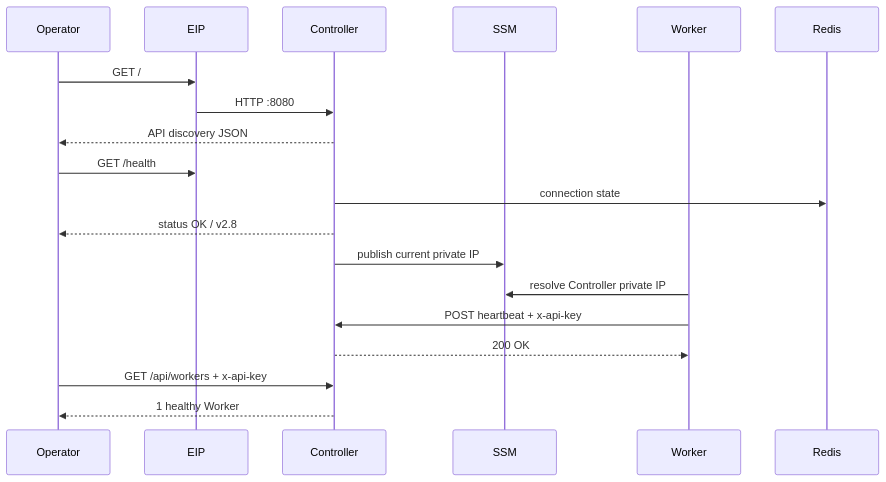
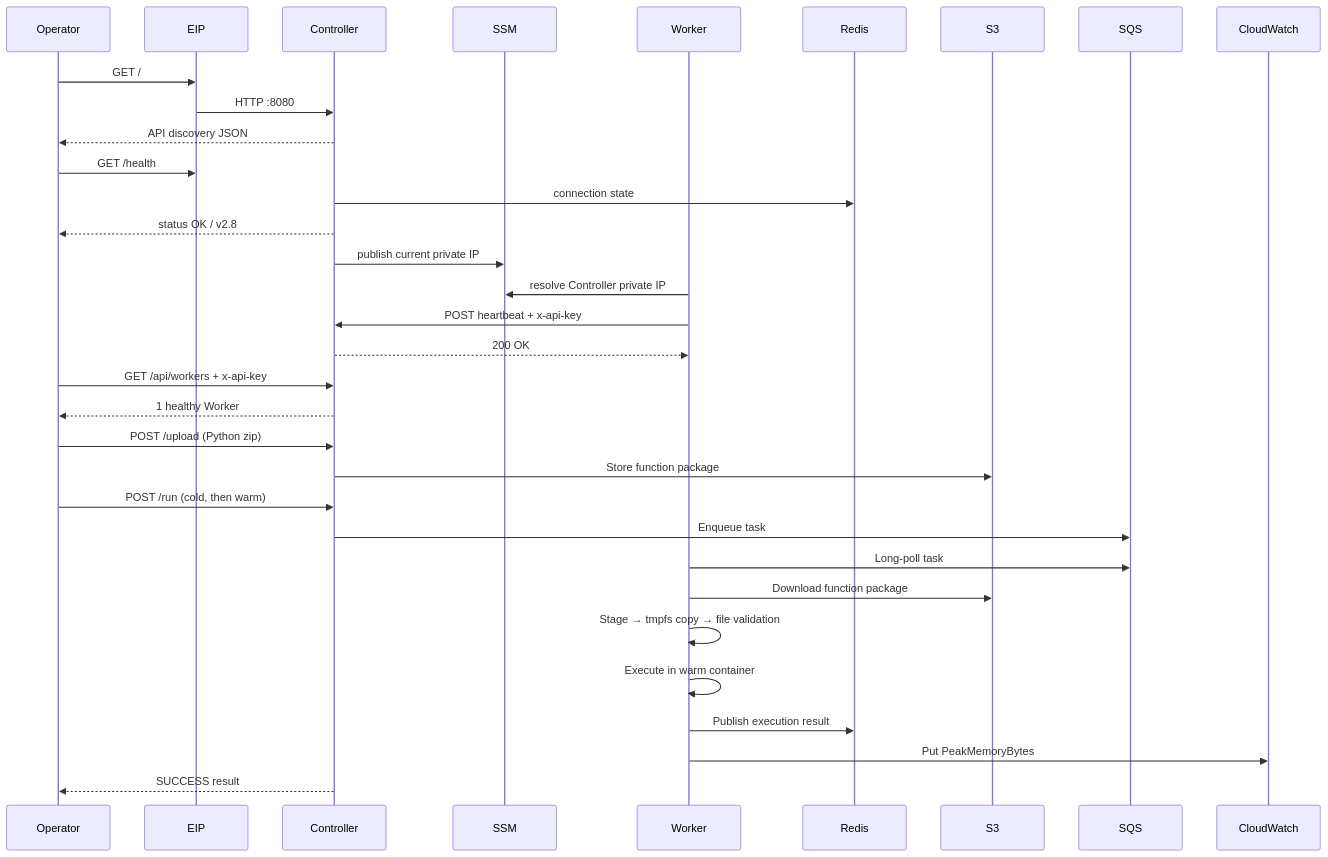
One commit to sangmu1126/FaaS-Platform changed the sixth of 6 diagrams in DEPLOYMENT_IMPLEMENTATION_REPORT.md. Above: the diagram before and after it, drawn with Mermaid. The commit also changed other lines of this file, not shown here.

Commit message:
document worker runtime recovery and rollout

````diff
--- a/DEPLOYMENT_IMPLEMENTATION_REPORT.md
+++ b/DEPLOYMENT_IMPLEMENTATION_REPORT.md
@@ -235,22 +327,36 @@
 ```mermaid
 sequenceDiagram
     participant Operator
     participant EIP
     participant Controller
     participant SSM
     participant Worker
     participant Redis
+    participant S3
+    participant SQS
+    participant CloudWatch
 
     Operator->>EIP: GET /
     EIP->>Controller: HTTP :8080
     Controller-->>Operator: API discovery JSON
     Operator->>EIP: GET /health
     Controller->>Redis: connection state
     Controller-->>Operator: status OK / v2.8
     Controller->>SSM: publish current private IP
     Worker->>SSM: resolve Controller private IP
     Worker->>Controller: POST heartbeat + x-api-key
     Controller-->>Worker: 200 OK
     Operator->>Controller: GET /api/workers + x-api-key
     Controller-->>Operator: 1 healthy Worker
+    Operator->>Controller: POST /upload (Python zip)
+    Controller->>S3: Store function package
+    Operator->>Controller: POST /run (cold, then warm)
+    Controller->>SQS: Enqueue task
+    Worker->>SQS: Long-poll task
+    Worker->>S3: Download function package
+    Worker->>Worker: Stage → tmpfs copy → file validation
+    Worker->>Worker: Execute in warm container
+    Worker->>Redis: Publish execution result
+    Worker->>CloudWatch: Put PeakMemoryBytes
+    Controller-->>Operator: SUCCESS result
 ```
````
